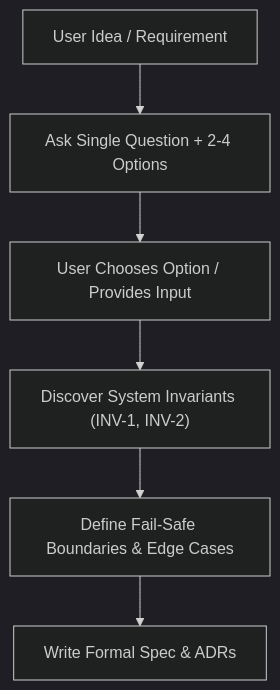
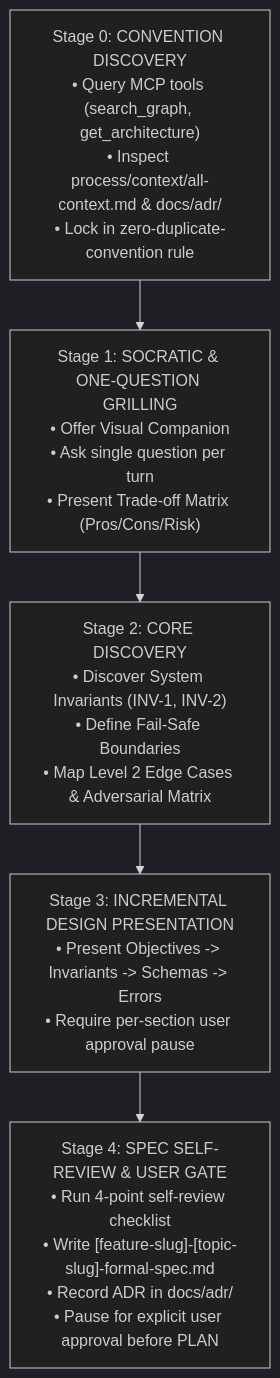
One commit to ngxccc/agent-skills-kit changed the diagram in .claude/skills/ag-brainstorming/SKILL.md. Above: the diagram before and after it, drawn with Mermaid (dark theme). The commit also changed other lines of this file, not shown here.

Commit message:
feat(skill): upgrade ag-brainstorming with MCP context discovery, trade-off matrix, and review gates

````diff
--- a/.claude/skills/ag-brainstorming/SKILL.md
+++ b/.claude/skills/ag-brainstorming/SKILL.md
@@ -29,8 +124,7 @@
 ```mermaid
 flowchart TD
-    Idea["User Idea / Requirement"] --> Probe["Ask Single Question + 2-4 Options"]
-    Probe --> Evaluate["User Chooses Option / Provides Input"]
-    Evaluate --> Invariants["Discover System Invariants (INV-1, INV-2)"]
-    Invariants --> Boundaries["Define Fail-Safe Boundaries & Edge Cases"]
-    Boundaries --> Spec["Write Formal Spec & ADRs"]
+    Stage0["Stage 0: CONVENTION DISCOVERY\n• Query MCP tools (search_graph, get_architecture)\n• Inspect process/context/all-context.md & docs/adr/\n• Lock in zero-duplicate-convention rule"] --> Probe["Stage 1: SOCRATIC & ONE-QUESTION GRILLING\n• Offer Visual Companion\n• Ask single question per turn\n• Present Trade-off Matrix (Pros/Cons/Risk)"]
+    Probe --> Core["Stage 2: CORE DISCOVERY\n• Discover System Invariants (INV-1, INV-2)\n• Define Fail-Safe Boundaries\n• Map Level 2 Edge Cases & Adversarial Matrix"]
+    Core --> Incremental["Stage 3: INCREMENTAL DESIGN PRESENTATION\n• Present Objectives -> Invariants -> Schemas -> Errors\n• Require per-section user approval pause"]
+    Incremental --> SelfReview["Stage 4: SPEC SELF-REVIEW & USER GATE\n• Run 4-point self-review checklist\n• Write [feature-slug]-[topic-slug]-formal-spec.md\n• Record ADR in docs/adr/\n• Pause for explicit user approval before PLAN"]
 ```
````
